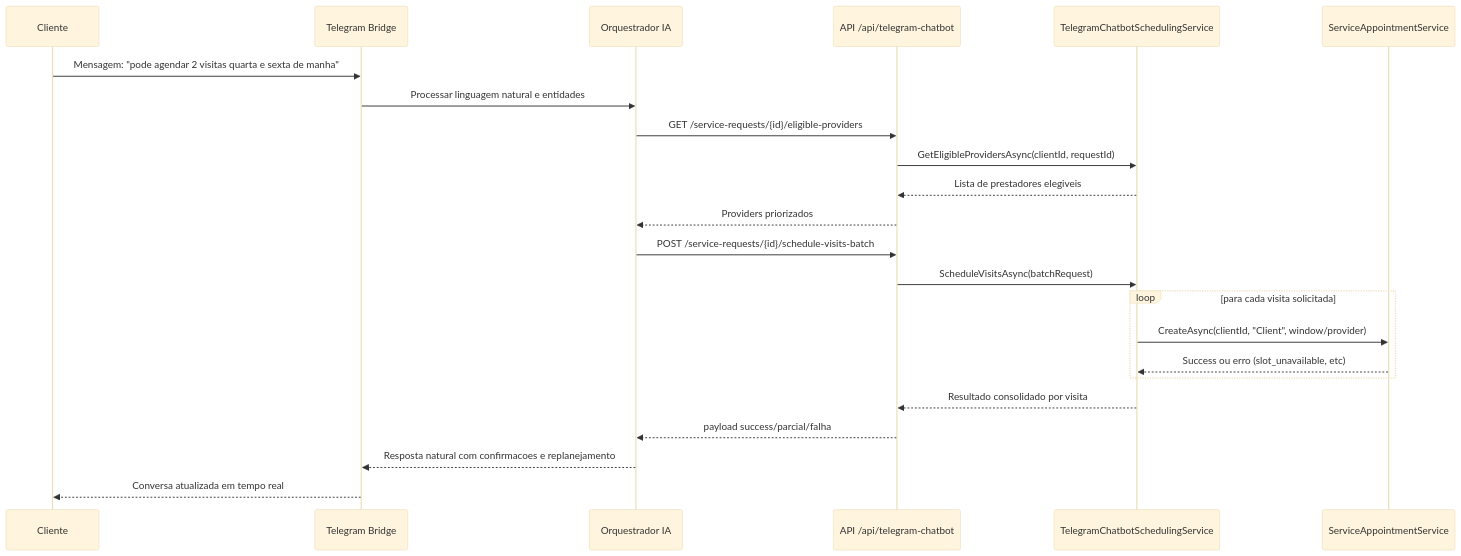
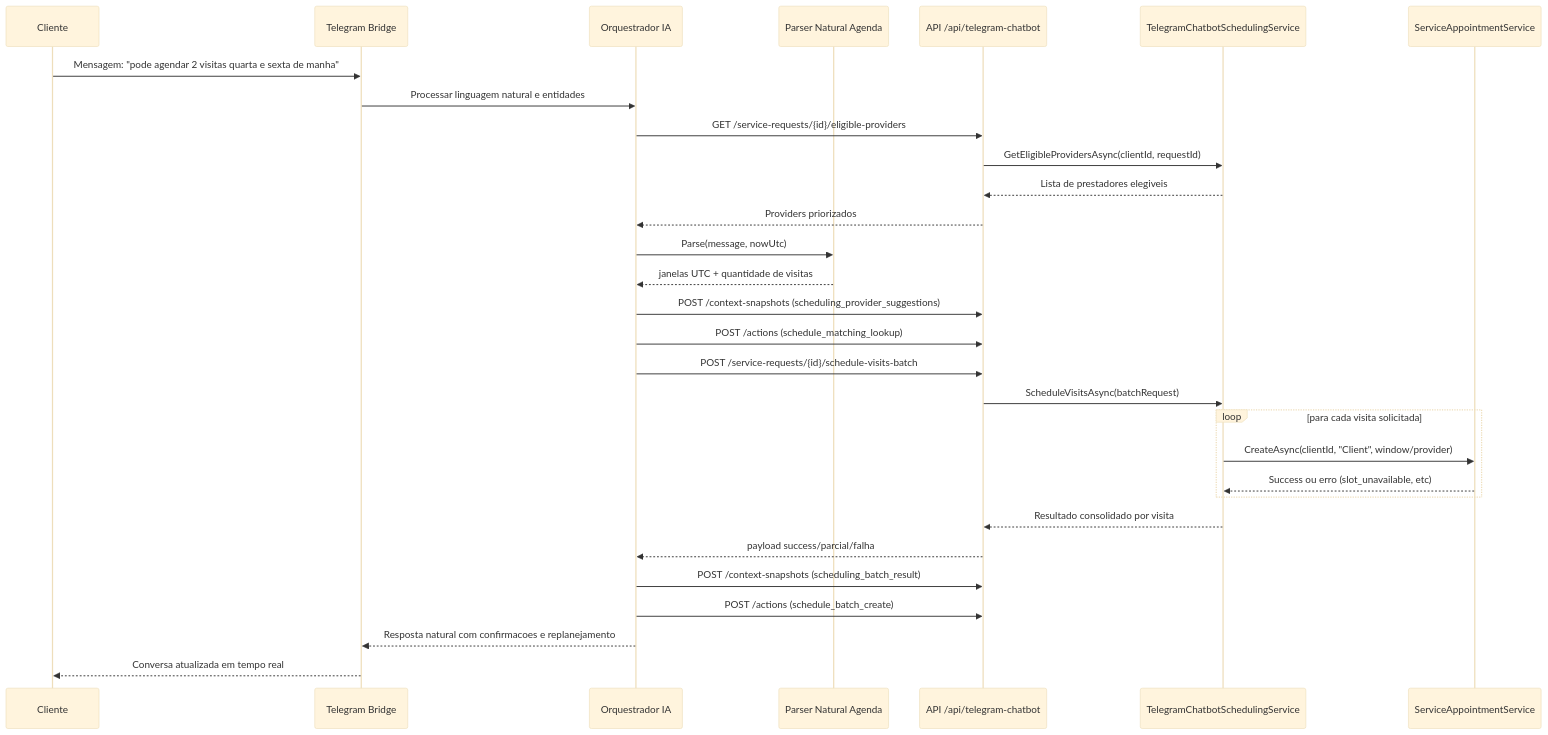
Before and after one commit to leonardomendes201704/ConsertaPraMim: the diagram in Documentacao/DIAGRAMAS/REALTIME_PRESENCA_CHAT/ST-008-matching-agendamento-multi-visitas/sequencia-matching-agendamento-multi-visitas.mmd, drawn with Mermaid (base theme). The commit also changed 10 other files, not shown here.

Commit message:
feat(st-008): orquestrar matching e agendamento natural no chat

```diff
--- a/Documentacao/DIAGRAMAS/REALTIME_PRESENCA_CHAT/ST-008-matching-agendamento-multi-visitas/sequencia-matching-agendamento-multi-visitas.mmd
+++ b/Documentacao/DIAGRAMAS/REALTIME_PRESENCA_CHAT/ST-008-matching-agendamento-multi-visitas/sequencia-matching-agendamento-multi-visitas.mmd
@@ -1,25 +1,32 @@
 sequenceDiagram
     participant Cliente as Cliente
     participant Bridge as Telegram Bridge
     participant Orch as Orquestrador IA
+    participant Parser as Parser Natural Agenda
     participant ChatbotApi as API /api/telegram-chatbot
     participant Scheduling as TelegramChatbotSchedulingService
     participant Appointment as ServiceAppointmentService
 
     Cliente->>Bridge: Mensagem: "pode agendar 2 visitas quarta e sexta de manha"
     Bridge->>Orch: Processar linguagem natural e entidades
     Orch->>ChatbotApi: GET /service-requests/{id}/eligible-providers
     ChatbotApi->>Scheduling: GetEligibleProvidersAsync(clientId, requestId)
     Scheduling-->>ChatbotApi: Lista de prestadores elegiveis
     ChatbotApi-->>Orch: Providers priorizados
+    Orch->>Parser: Parse(message, nowUtc)
+    Parser-->>Orch: janelas UTC + quantidade de visitas
+    Orch->>ChatbotApi: POST /context-snapshots (scheduling_provider_suggestions)
+    Orch->>ChatbotApi: POST /actions (schedule_matching_lookup)
 
     Orch->>ChatbotApi: POST /service-requests/{id}/schedule-visits-batch
     ChatbotApi->>Scheduling: ScheduleVisitsAsync(batchRequest)
     loop para cada visita solicitada
         Scheduling->>Appointment: CreateAsync(clientId, "Client", window/provider)
         Appointment-->>Scheduling: Success ou erro (slot_unavailable, etc)
     end
     Scheduling-->>ChatbotApi: Resultado consolidado por visita
     ChatbotApi-->>Orch: payload success/parcial/falha
+    Orch->>ChatbotApi: POST /context-snapshots (scheduling_batch_result)
+    Orch->>ChatbotApi: POST /actions (schedule_batch_create)
     Orch-->>Bridge: Resposta natural com confirmacoes e replanejamento
     Bridge-->>Cliente: Conversa atualizada em tempo real
```
